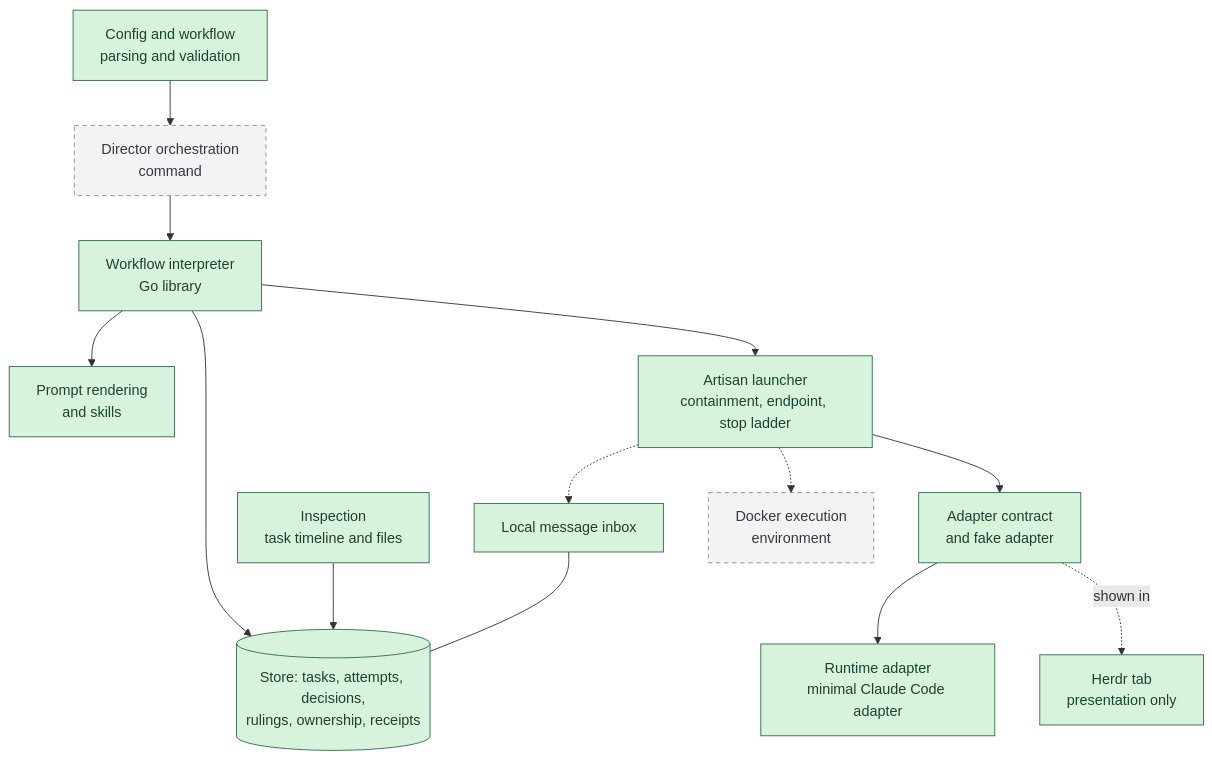
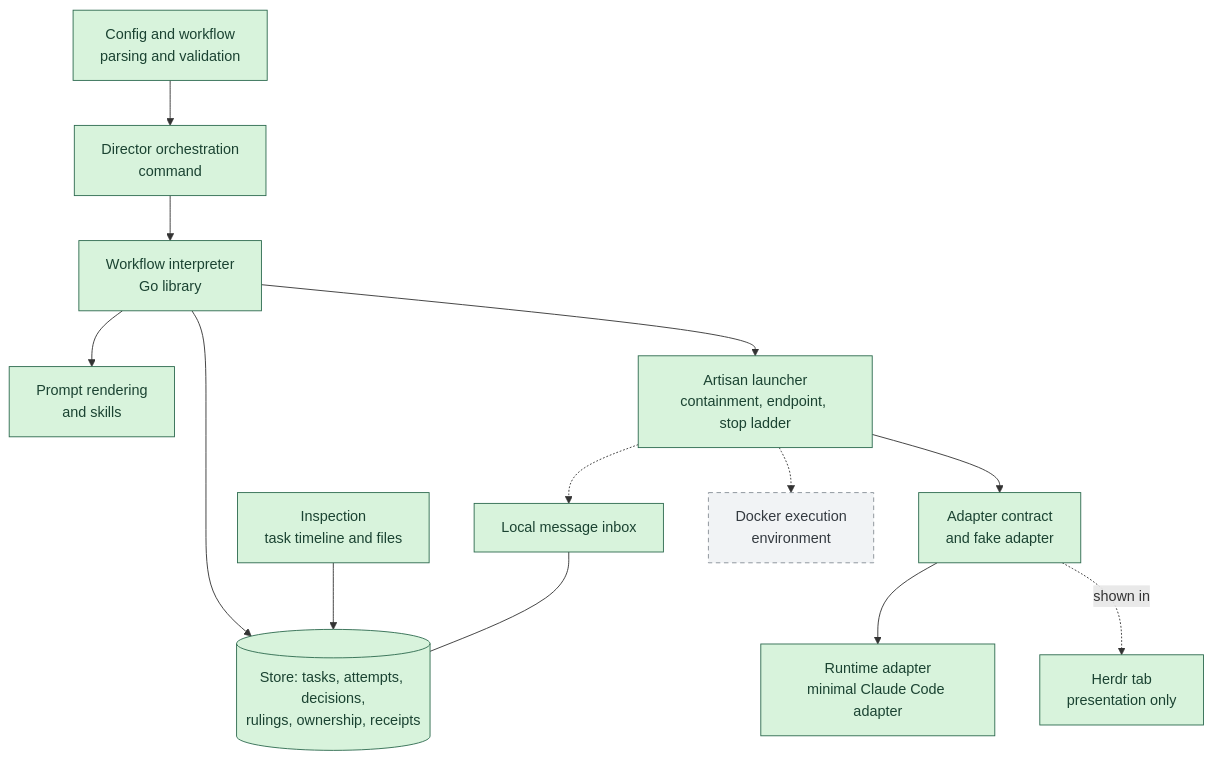
Before and after one commit to ndrwl/guildhall: the third of 3 diagrams in docs/architecture.md, drawn with Mermaid. The commit also changed other lines of this file and 14 other files, not shown here.

````diff
--- a/docs/architecture.md
+++ b/docs/architecture.md
@@ -100,31 +100,31 @@
 ```mermaid
 flowchart TB
     classDef built fill:#d8f3dc,stroke:#2d6a4f,color:#1b4332
     classDef planned fill:#f1f3f5,stroke:#868e96,color:#343a40,stroke-dasharray:5 4
 
     CFG["Config and workflow<br/>parsing and validation"]:::built
     STORE[("Store: tasks, attempts, decisions,<br/>rulings, ownership, receipts")]:::built
     MSG["Local message inbox"]:::built
     INSP["Inspection<br/>task timeline and files"]:::built
-    DIR["Director orchestration<br/>command"]:::planned
+    DIR["Director orchestration<br/>command"]:::built
     INTERP["Workflow interpreter<br/>Go library"]:::built
     RENDER["Prompt rendering<br/>and skills"]:::built
     WRAP["Artisan launcher<br/>containment, endpoint, stop ladder"]:::built
     ADAPT["Adapter contract<br/>and fake adapter"]:::built
     RT["Runtime adapter<br/>minimal Claude Code adapter"]:::built
     EXEC["Docker execution<br/>environment"]:::planned
     HERDR["Herdr tab<br/>presentation only"]:::built
 
     CFG --> DIR
     DIR --> INTERP
     INTERP --> STORE
     INTERP --> RENDER
     INSP --> STORE
     MSG --- STORE
     INTERP --> WRAP
     WRAP --> ADAPT
     ADAPT --> RT
     WRAP -.-> EXEC
     WRAP -.-> MSG
     ADAPT -. "shown in" .-> HERDR
 ```
````
